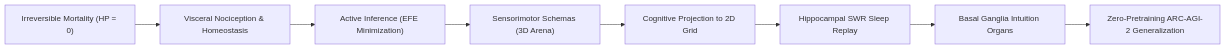
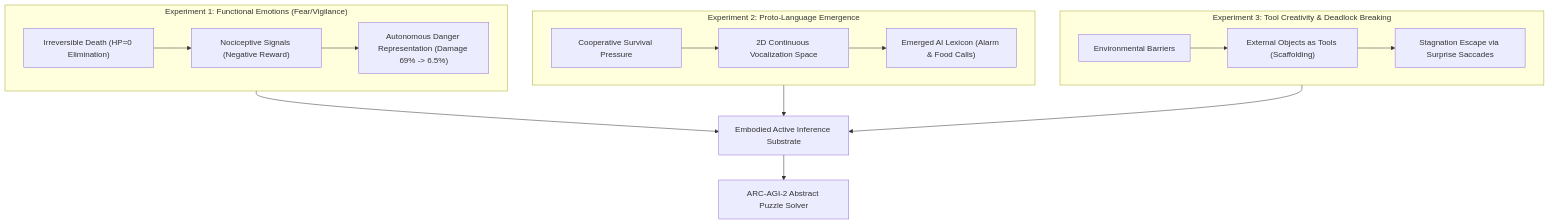
The diagram in paper_track_2026/KAGGLE_PAPER_TRACK_WRITEUP_EN.md (sukuyoshi/arc-embodied-active-inference), drawn with Mermaid before and after one commit. The commit also changed other lines of this file and 3 other files, not shown here.

````diff
--- a/paper_track_2026/KAGGLE_PAPER_TRACK_WRITEUP_EN.md
+++ b/paper_track_2026/KAGGLE_PAPER_TRACK_WRITEUP_EN.md
@@ -41,10 +44,22 @@
 ```mermaid
-flowchart LR
-    Death["Irreversible Mortality (HP = 0)"] --> Homeo["Visceral Nociception & Homeostasis"]
-    Homeo --> EFE["Active Inference (EFE Minimization)"]
-    EFE --> Schema["Sensorimotor Schemas (3D Arena)"]
-    Schema --> Ground["Cognitive Projection to 2D Grid"]
-    Ground --> Sleep["Hippocampal SWR Sleep Replay"]
-    Sleep --> Intuition["Basal Ganglia Intuition Organs"]
-    Intuition --> ARC["Zero-Pretraining ARC-AGI-2 Generalization"]
+flowchart TD
+    subgraph Exp1["Experiment 1: Functional Emotions (Fear/Vigilance)"]
+        Death1["Irreversible Death (HP=0 Elimination)"] --> Pain1["Nociceptive Signals (Negative Reward)"]
+        Pain1 --> Fear["Autonomous Danger Representation (Damage 69% -> 6.5%)"]
+    end
+
+    subgraph Exp2["Experiment 2: Proto-Language Emergence"]
+        Coop["Cooperative Survival Pressure"] --> Acoustic["2D Continuous Vocalization Space"]
+        Acoustic --> Lexicon["Emerged AI Lexicon (Alarm & Food Calls)"]
+    end
+
+    subgraph Exp3["Experiment 3: Tool Creativity & Deadlock Breaking"]
+        Obstacle["Environmental Barriers"] --> Scaffold["External Objects as Tools (Scaffolding)"]
+        Scaffold --> Deadlock["Stagnation Escape via Surprise Saccades"]
+    end
+
+    Exp1 --> Core["Embodied Active Inference Substrate"]
+    Exp2 --> Core
+    Exp3 --> Core
+    Core --> ARC2["ARC-AGI-2 Abstract Puzzle Solver"]
 ```
````
